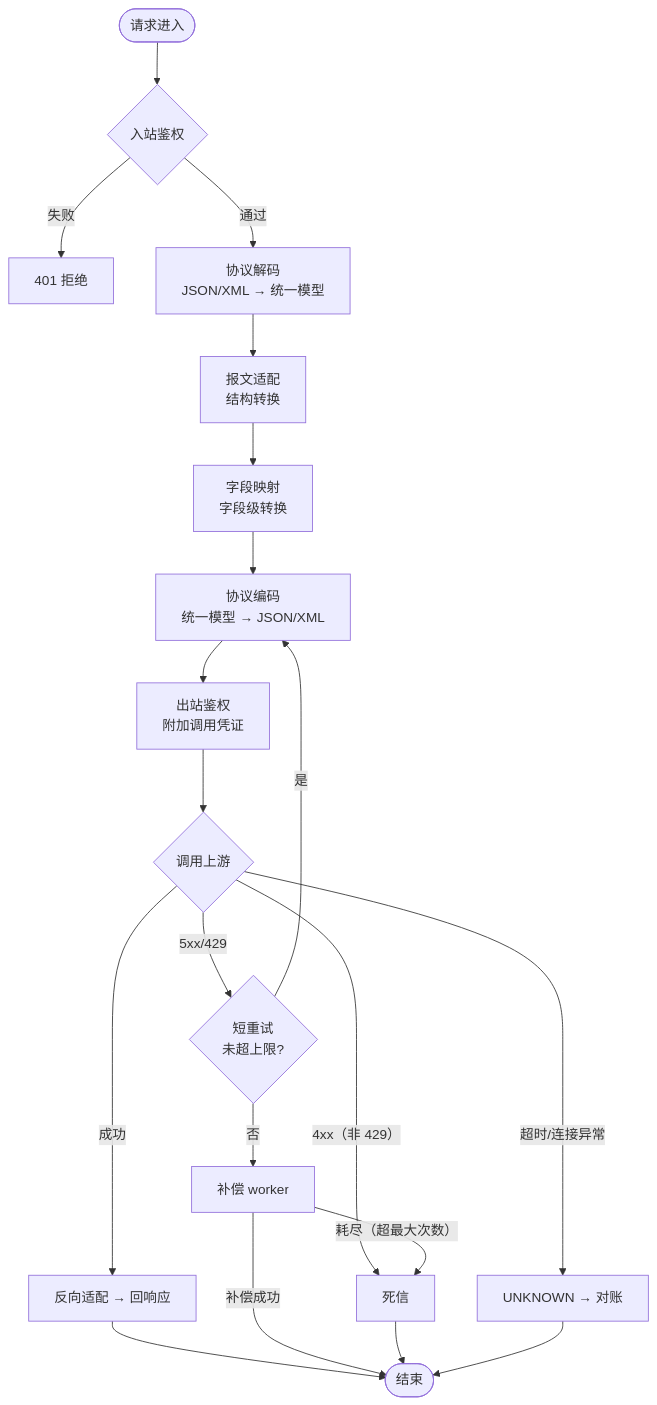
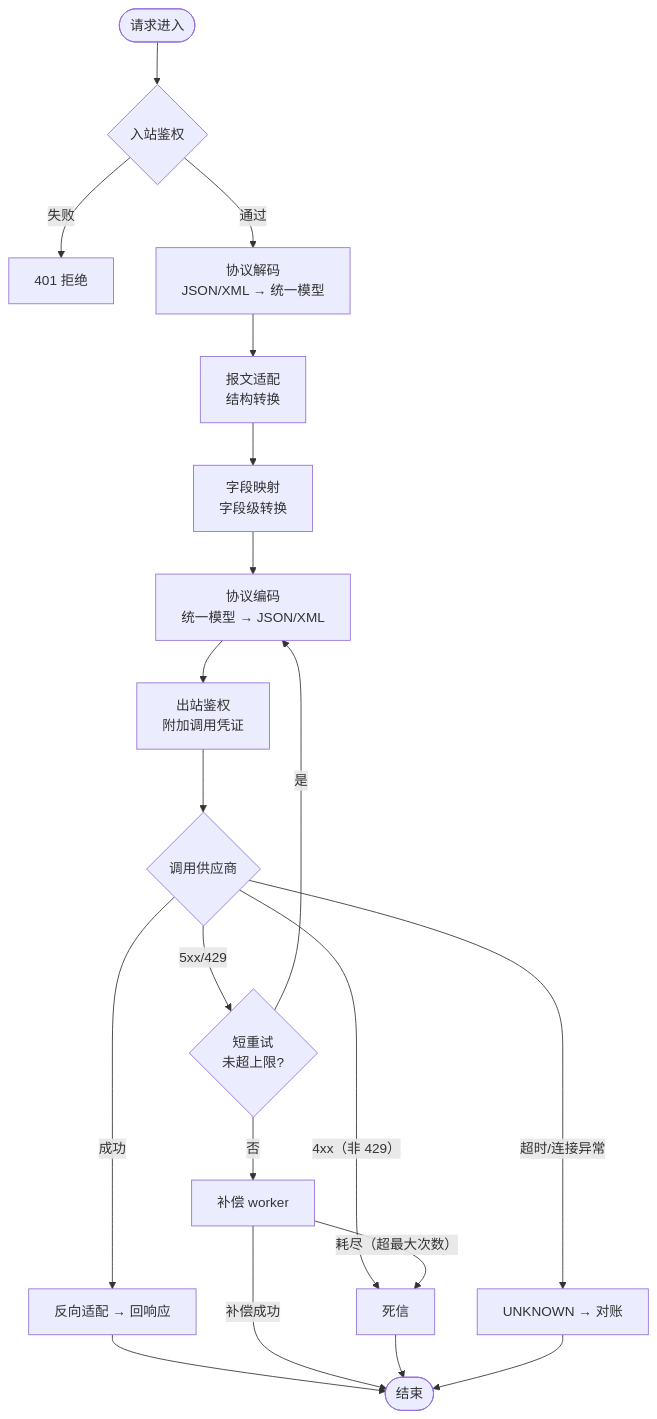
The fourth of 4 diagrams in src/main/resources/doc/API中心时序图与流程图.md (HelloWorldKing1/apicenter), drawn with Mermaid before and after one commit. The commit also changed other lines of this file and 32 other files, not shown here.

````diff
--- a/src/main/resources/doc/API中心时序图与流程图.md
+++ b/src/main/resources/doc/API中心时序图与流程图.md
@@ -98,22 +98,22 @@
 ```mermaid
 flowchart TD
     Start([请求进入]) --> Auth{入站鉴权}
     Auth -- 失败 --> Reject[401 拒绝]
     Auth -- 通过 --> Decode[协议解码<br/>JSON/XML → 统一模型]
     Decode --> Msg[报文适配<br/>结构转换]
     Msg --> Map[字段映射<br/>字段级转换]
     Map --> Encode[协议编码<br/>统一模型 → JSON/XML]
     Encode --> OutAuth[出站鉴权<br/>附加调用凭证]
-    OutAuth --> Call{调用上游}
+    OutAuth --> Call{调用供应商}
     Call -- 成功 --> Resp[反向适配 → 回响应]
     Call -- 5xx/429 --> Retry{短重试<br/>未超上限?}
     Retry -- 是 --> Encode
     Retry -- 否 --> Comp[补偿 worker]
     Call -- 4xx（非 429） --> Dead[死信]
     Call -- 超时/连接异常 --> Unknown[UNKNOWN → 对账]
     Resp --> End([结束])
     Comp -- 补偿成功 --> End
     Comp -- 耗尽（超最大次数） --> Dead
     Dead --> End
     Unknown --> End
 ```
````
